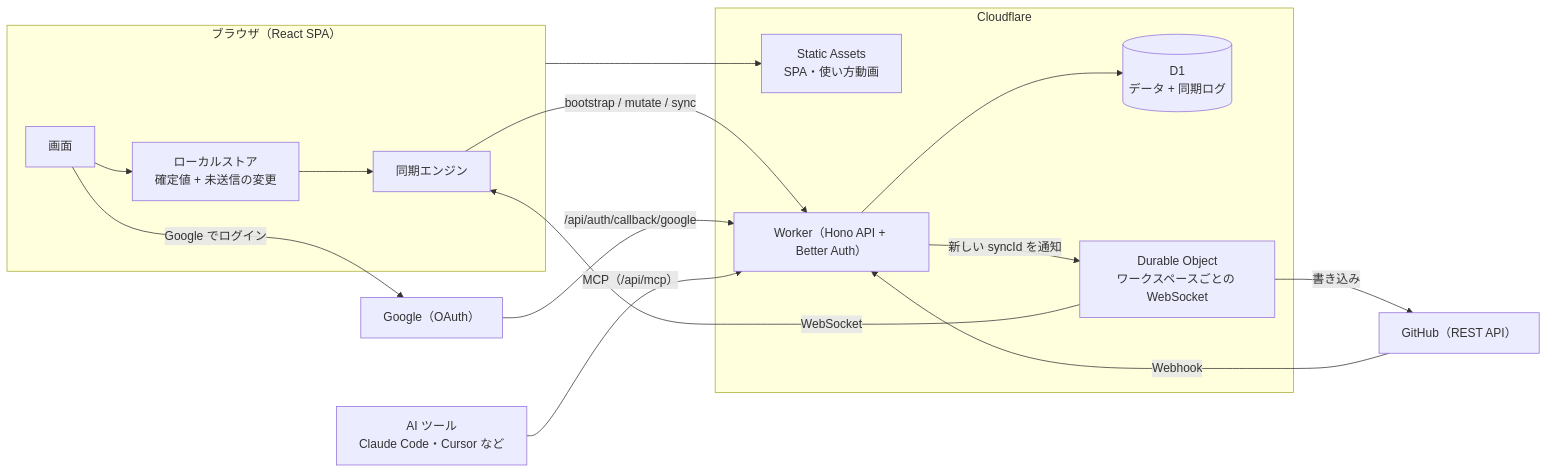
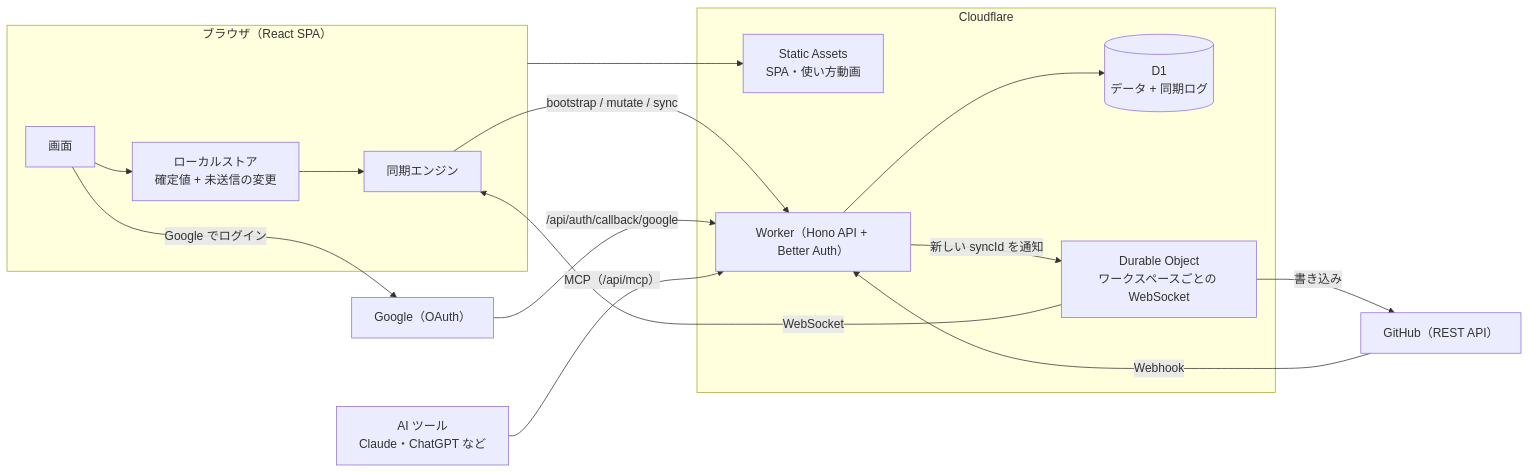
Before and after one commit to otomatty/sen: the diagram in README.md, drawn with Mermaid. The commit also changed other lines of this file and 29 other files, not shown here.

First line of the commit message:
AI 連携を OAuth に対応させ、Claude や ChatGPT から URL だけで接続できるようにする (#50)

````diff
--- a/README.md
+++ b/README.md
@@ -58,22 +58,22 @@
 ```mermaid
 flowchart LR
   subgraph Browser["ブラウザ（React SPA）"]
     UI["画面"] --> Store["ローカルストア<br/>確定値 + 未送信の変更"]
     Store --> Engine["同期エンジン"]
   end
   subgraph CF["Cloudflare"]
     Assets["Static Assets<br/>SPA・使い方動画"]
     Worker["Worker（Hono API + Better Auth）"]
     D1[("D1<br/>データ + 同期ログ")]
     DO["Durable Object<br/>ワークスペースごとの WebSocket"]
   end
   Engine -- "bootstrap / mutate / sync" --> Worker
   UI -- "Google でログイン" --> Google["Google（OAuth）"] -- "/api/auth/callback/google" --> Worker
-  AI["AI ツール<br/>Claude Code・Cursor など"] -- "MCP（/api/mcp）" --> Worker
+  AI["AI ツール<br/>Claude・ChatGPT など"] -- "MCP（/api/mcp）" --> Worker
   Worker --> D1
   Worker -- "新しい syncId を通知" --> DO
   DO -- "WebSocket" --> Engine
   DO -- "書き込み" --> GH["GitHub（REST API）"]
   GH -- "Webhook" --> Worker
   Browser --> Assets
 ```
````
